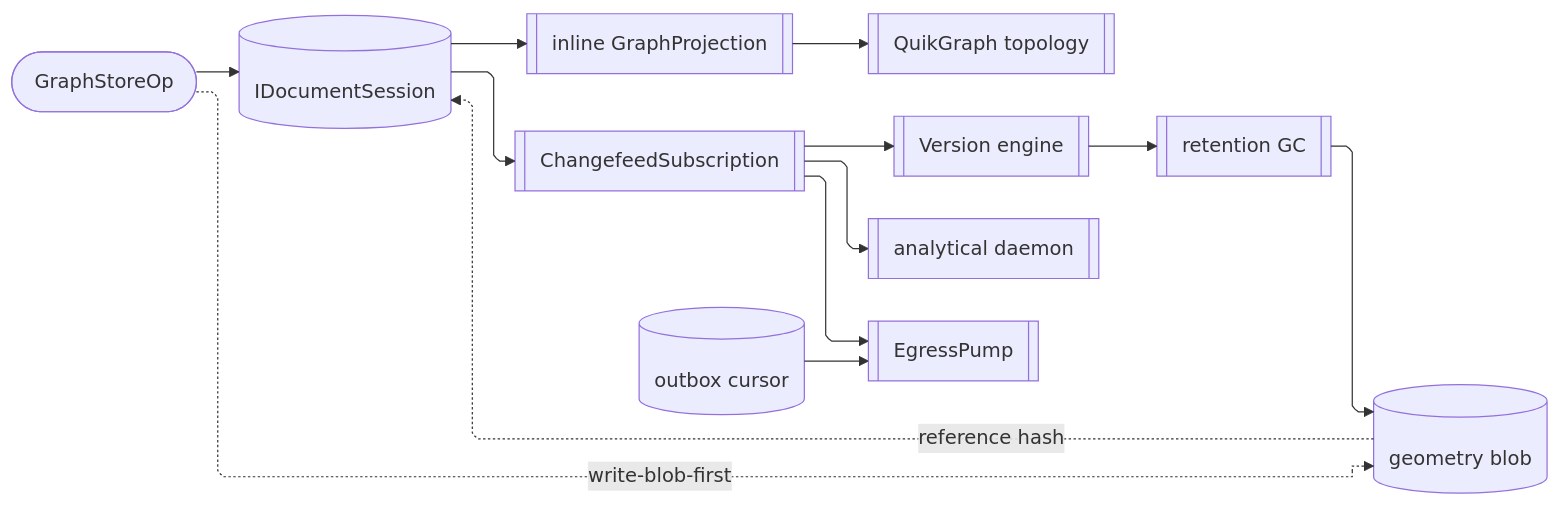
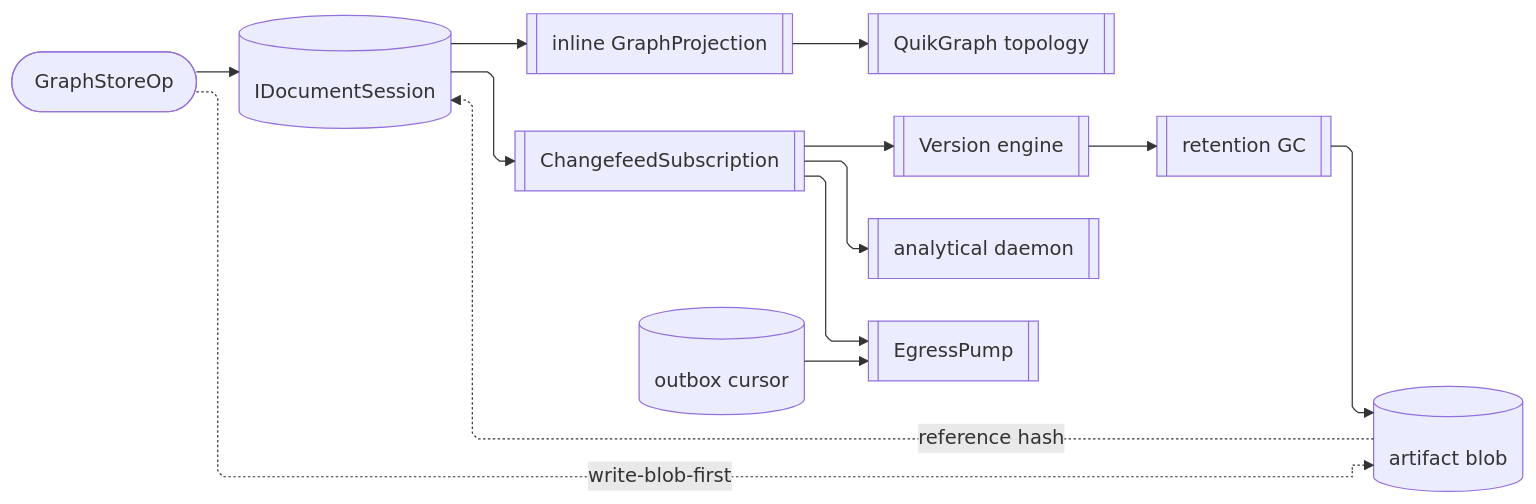
One commit to bsamiee/Rasm changed the fourth of 4 diagrams in libs/csharp/Rasm.Persistence/ARCHITECTURE.md. Above: the diagram before and after it, drawn with Mermaid. The commit also changed other lines of this file and 108 other files, not shown here.

Commit message:
Land the coldpass doc-set deltas across README, ARCHITECTURE, RULINGS, IDEAS, and TASKLOG files

````diff
--- a/libs/csharp/Rasm.Persistence/ARCHITECTURE.md
+++ b/libs/csharp/Rasm.Persistence/ARCHITECTURE.md
@@ -199,24 +199,24 @@
 ```mermaid
 ---
 config:
   layout: elk
   flowchart:
     curve: linear
     padding: 25
 ---
 flowchart LR
     accTitle: ElementGraph persistence flow
-    accDescr: A GraphStoreOp commits a GraphDelta event plus the identity row in one Marten session; the inline projection materializes the authoritative graph read-your-writes; the changefeed feeds the version engine and the analytical lanes; the geometry blob writes content-first and is referenced after.
+    accDescr: A GraphStoreOp commits a GraphDelta event plus the identity row in one Marten session; the inline projection materializes the authoritative graph read-your-writes; the changefeed feeds the version engine and the analytical lanes; the artifact blob writes content-first and is referenced after.
     Op([GraphStoreOp]) --> Session[(IDocumentSession)]
     Session --> Inline[[inline GraphProjection]]
     Session --> Changefeed[[ChangefeedSubscription]]
     Inline --> Topology[[QuikGraph topology]]
     Changefeed --> Engine[[Version engine]]
     Changefeed --> Async[[analytical daemon]]
     Changefeed --> Pump[[EgressPump]]
     Cursor[(outbox cursor)] --> Pump
-    Op -.write-blob-first.-> Blob[(geometry blob)]
+    Op -.write-blob-first.-> Blob[(artifact blob)]
     Blob -.reference hash.-> Session
     Engine --> Retention[[retention GC]]
     Retention --> Blob
 ```
````
